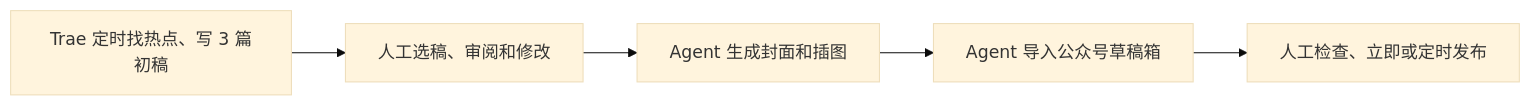
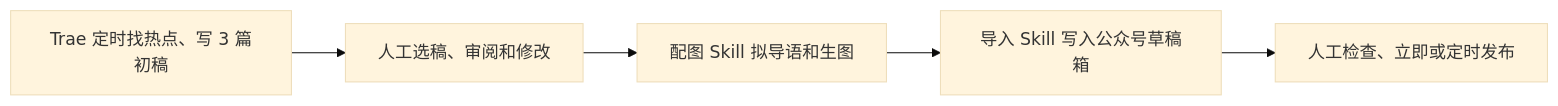
The diagram in README.md (JacksonYang11/wechat-publishing-workflow), drawn with Mermaid (base theme) before and after one commit. The commit also changed other lines of this file and 2 other files, not shown here.

Commit message:
docs: README 补充复更成绩、省时说明、联系方式与开源工具清单，新增后台截图

````diff
--- a/README.md
+++ b/README.md
@@ -7,7 +25,7 @@
 ```mermaid
 flowchart LR
     A["Trae 定时找热点、写 3 篇初稿"] --> B["人工选稿、审阅和修改"]
-    B --> C["Agent 生成封面和插图"]
-    C --> D["Agent 导入公众号草稿箱"]
+    B --> C["配图 Skill 拟导语和生图"]
+    C --> D["导入 Skill 写入公众号草稿箱"]
     D --> E["人工检查、立即或定时发布"]
 ```
````
